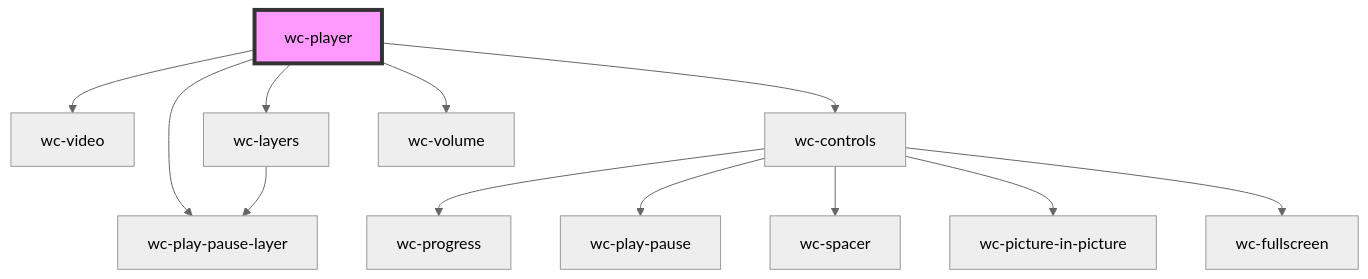
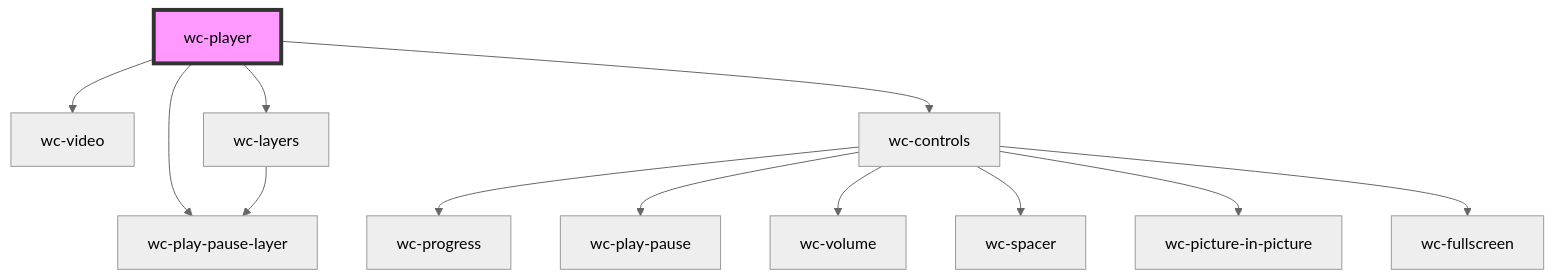
Before and after one commit to iChengbo/wcplayer: the diagram in packages/wcplayer-components/src/components/wc-player/readme.md, drawn with Mermaid (neutral theme). The commit also changed other lines of this file and 8 other files, not shown here.

Commit message:
feat: move wc-volume into wc-controls

````diff
--- a/packages/wcplayer-components/src/components/wc-player/readme.md
+++ b/packages/wcplayer-components/src/components/wc-player/readme.md
@@ -42,15 +41,15 @@
 ```mermaid
 graph TD;
   wc-player --> wc-video
   wc-player --> wc-layers
   wc-player --> wc-play-pause-layer
   wc-player --> wc-controls
-  wc-player --> wc-volume
   wc-layers --> wc-play-pause-layer
   wc-controls --> wc-progress
   wc-controls --> wc-play-pause
+  wc-controls --> wc-volume
   wc-controls --> wc-spacer
   wc-controls --> wc-picture-in-picture
   wc-controls --> wc-fullscreen
   style wc-player fill:#f9f,stroke:#333,stroke-width:4px
 ```
````
